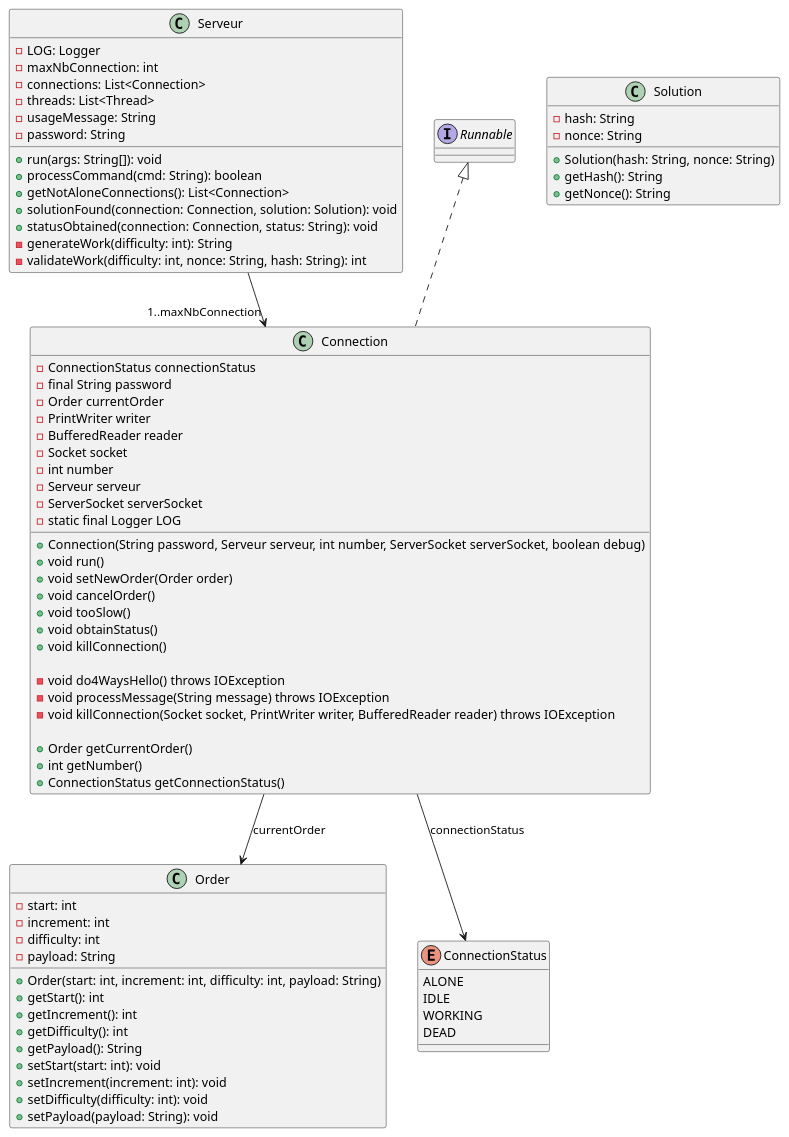
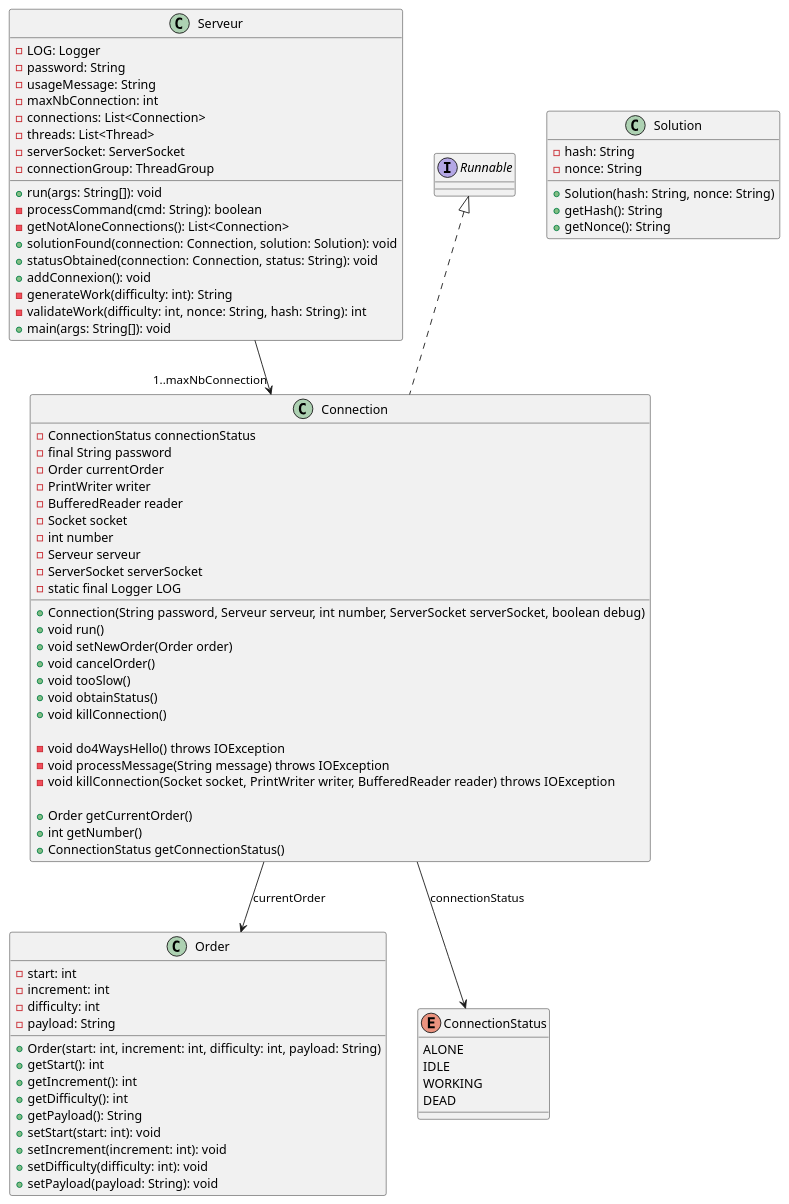
One commit to Nimarcs/projet-reseau-serveur changed the diagram in plantUML.puml. Above: the diagram before and after it, drawn with PlantUML.

Commit message:
Mise a jour un plantUML

```diff
--- a/plantUML.puml
+++ b/plantUML.puml
@@ -1,83 +1,88 @@
 @startuml
 
 class Serveur {
-    -LOG: Logger
-    -maxNbConnection: int
-    -connections: List<Connection>
-    -threads: List<Thread>
-    -usageMessage: String
-    -password: String
-    +run(args: String[]): void
-    +processCommand(cmd: String): boolean
-    +getNotAloneConnections(): List<Connection>
-    +solutionFound(connection: Connection, solution: Solution): void
-    +statusObtained(connection: Connection, status: String): void
-    -generateWork(difficulty: int): String
-    -validateWork(difficulty: int, nonce: String, hash: String): int
+    - LOG: Logger
+    - password: String
+    - usageMessage: String
+    - maxNbConnection: int
+    - connections: List<Connection>
+    - threads: List<Thread>
+    - serverSocket: ServerSocket
+    - connectionGroup: ThreadGroup
+    + run(args: String[]): void
+    - processCommand(cmd: String): boolean
+    - getNotAloneConnections(): List<Connection>
+    + solutionFound(connection: Connection, solution: Solution): void
+    + statusObtained(connection: Connection, status: String): void
+    + addConnexion(): void
+    - generateWork(difficulty: int): String
+    - validateWork(difficulty: int, nonce: String, hash: String): int
+    + main(args: String[]): void
 }
+
 
 class Connection implements Runnable {
     - ConnectionStatus connectionStatus
     - final String password
     - Order currentOrder
     - PrintWriter writer
     - BufferedReader reader
     - Socket socket
     - int number
     - Serveur serveur
     - ServerSocket serverSocket
     - static final Logger LOG
 
     + Connection(String password, Serveur serveur, int number, ServerSocket serverSocket, boolean debug)
     + void run()
     + void setNewOrder(Order order)
     + void cancelOrder()
     + void tooSlow()
     + void obtainStatus()
     + void killConnection()
 
     - void do4WaysHello() throws IOException
     - void processMessage(String message) throws IOException
     - void killConnection(Socket socket, PrintWriter writer, BufferedReader reader) throws IOException
 
     + Order getCurrentOrder()
     + int getNumber()
     + ConnectionStatus getConnectionStatus()
 }
 
 class Solution {
     -hash: String
     -nonce: String
     +Solution(hash: String, nonce: String)
     +getHash(): String
     +getNonce(): String
 }
 
 class Order {
     -start: int
     -increment: int
     -difficulty: int
     -payload: String
     +Order(start: int, increment: int, difficulty: int, payload: String)
     +getStart(): int
     +getIncrement(): int
     +getDifficulty(): int
     +getPayload(): String
     +setStart(start: int): void
     +setIncrement(increment: int): void
     +setDifficulty(difficulty: int): void
     +setPayload(payload: String): void
 }
 
 enum ConnectionStatus {
     ALONE
     IDLE
     WORKING
     DEAD
 }
 
 
 Serveur --> "1..maxNbConnection" Connection
 Connection --> ConnectionStatus : connectionStatus
 Connection --> Order : "currentOrder"
 @enduml
```
